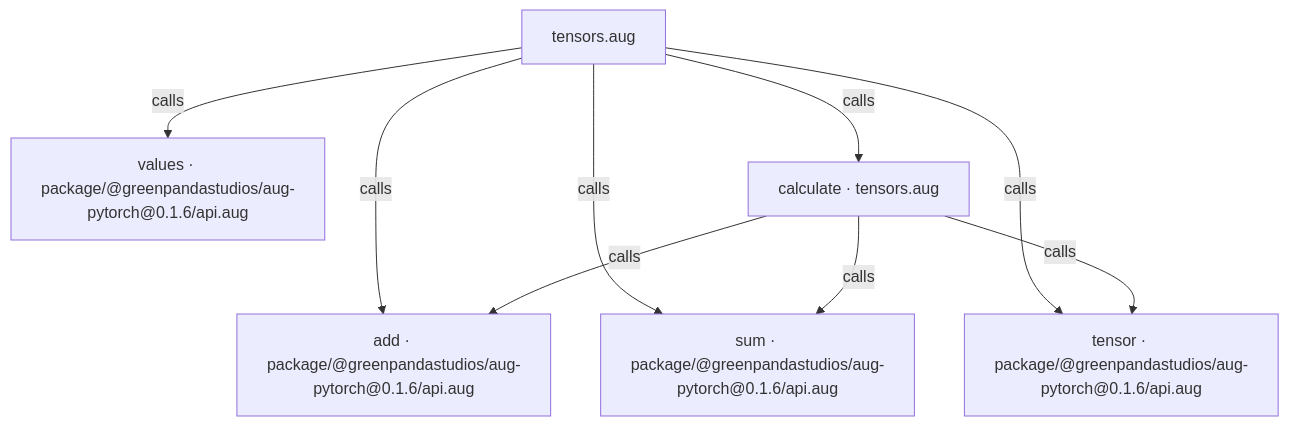
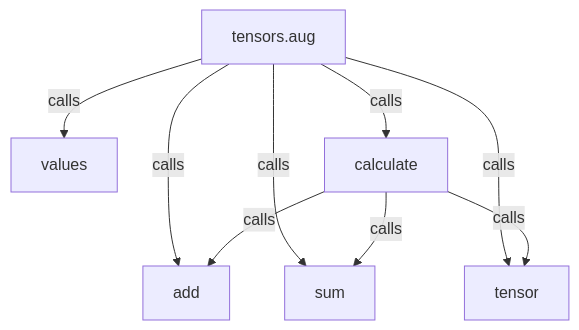
Before and after one commit to GreenPandaStudios/augscript: the first of 2 diagrams in docs/examples/native-pytorch/tensors-diagrams.md, drawn with Mermaid. The commit also changed other lines of this file and 524 other files, not shown here.

Commit message:
Explain checked data flow at folder and service levels

````diff
--- a/docs/examples/native-pytorch/tensors-diagrams.md
+++ b/docs/examples/native-pytorch/tensors-diagrams.md
@@ -23,17 +20,17 @@
 ```mermaid
 flowchart TD
     n0["tensors.aug"]
-    n1["add · package/@greenpandastudios/aug-pytorch@0.1.6/api.aug"]
-    n2["sum · package/@greenpandastudios/aug-pytorch@0.1.6/api.aug"]
-    n3["tensor · package/@greenpandastudios/aug-pytorch@0.1.6/api.aug"]
-    n4["values · package/@greenpandastudios/aug-pytorch@0.1.6/api.aug"]
-    n5["calculate · tensors.aug"]
+    n1["add"]
+    n2["sum"]
+    n3["tensor"]
+    n4["values"]
+    n5["calculate"]
     n0 -->|"calls"| n1
     n0 -->|"calls"| n2
     n0 -->|"calls"| n3
     n0 -->|"calls"| n4
     n0 -->|"calls"| n5
     n5 -->|"calls"| n1
     n5 -->|"calls"| n2
     n5 -->|"calls"| n3
 ```
````
